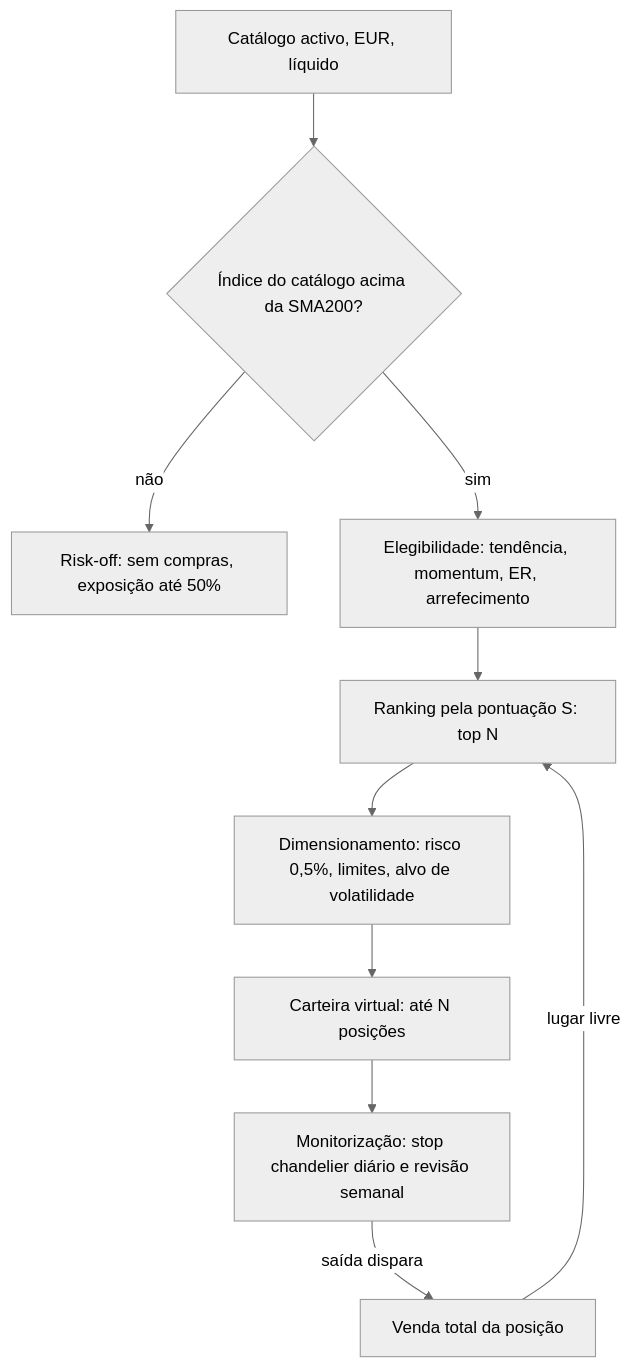
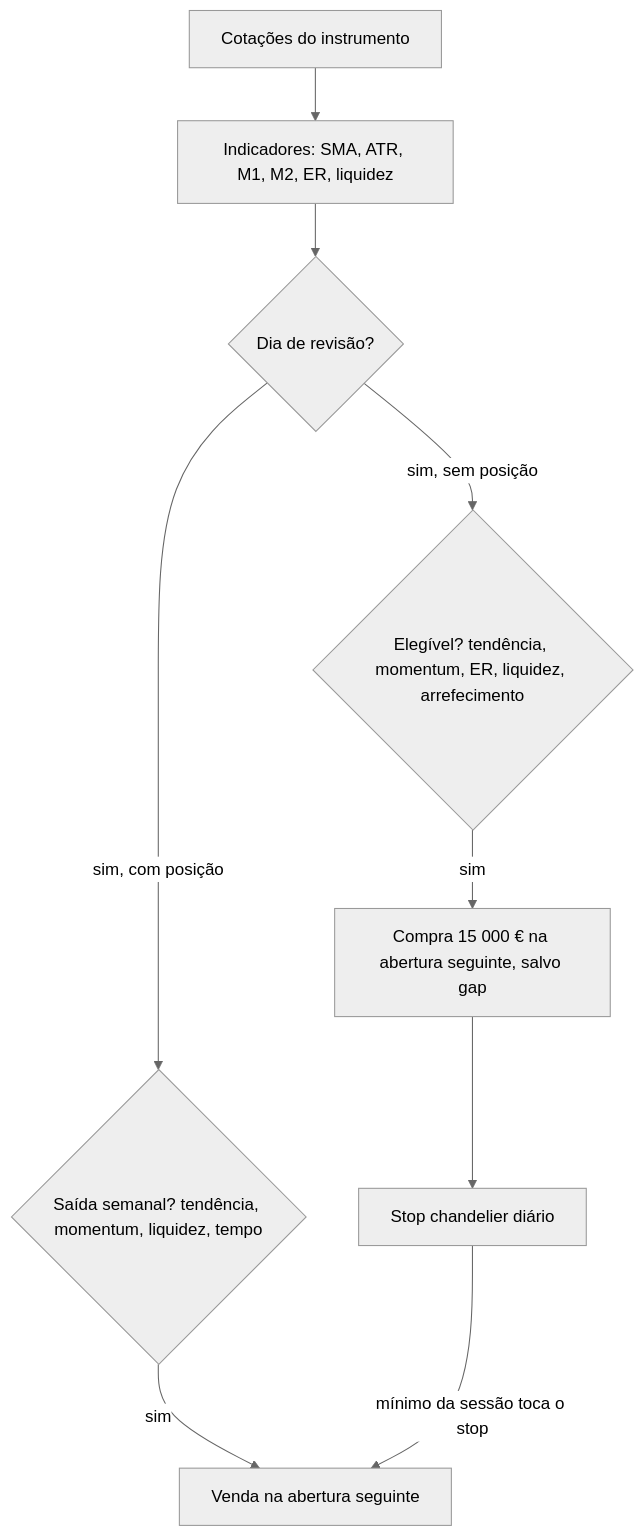
The diagram in docs/arquitectura/B-Opus.md (msant1972/stocks), drawn with Mermaid (neutral theme) before and after one commit. The commit also changed other lines of this file and 1 other file, not shown here.

First line of the commit message:
Documentação: B-Opus como estratégia por instrumento, como a A-Momentum

````diff
--- a/docs/arquitectura/B-Opus.md
+++ b/docs/arquitectura/B-Opus.md
@@ -45,12 +43,11 @@
 ```mermaid
 flowchart TD
-    U[Catálogo activo, EUR, líquido] --> R{Índice do catálogo acima da SMA200?}
-    R -- não --> RO[Risk-off: sem compras, exposição até 50%]
-    R -- sim --> E[Elegibilidade: tendência, momentum, ER, arrefecimento]
-    E --> K[Ranking pela pontuação S: top N]
-    K --> D[Dimensionamento: risco 0,5%, limites, alvo de volatilidade]
-    D --> C[Carteira virtual: até N posições]
-    C --> M[Monitorização: stop chandelier diário e revisão semanal]
-    M -- saída dispara --> V[Venda total da posição]
-    V -- lugar livre --> K
+    D[Cotações do instrumento] --> I[Indicadores: SMA, ATR, M1, M2, ER, liquidez]
+    I --> W{Dia de revisão?}
+    W -- sim, sem posição --> E{Elegível? tendência, momentum, ER, liquidez, arrefecimento}
+    E -- sim --> B[Compra 15 000 € na abertura seguinte, salvo gap]
+    W -- sim, com posição --> X{Saída semanal? tendência, momentum, liquidez, tempo}
+    X -- sim --> V[Venda na abertura seguinte]
+    B --> S[Stop chandelier diário]
+    S -- mínimo da sessão toca o stop --> V
 ```
````
